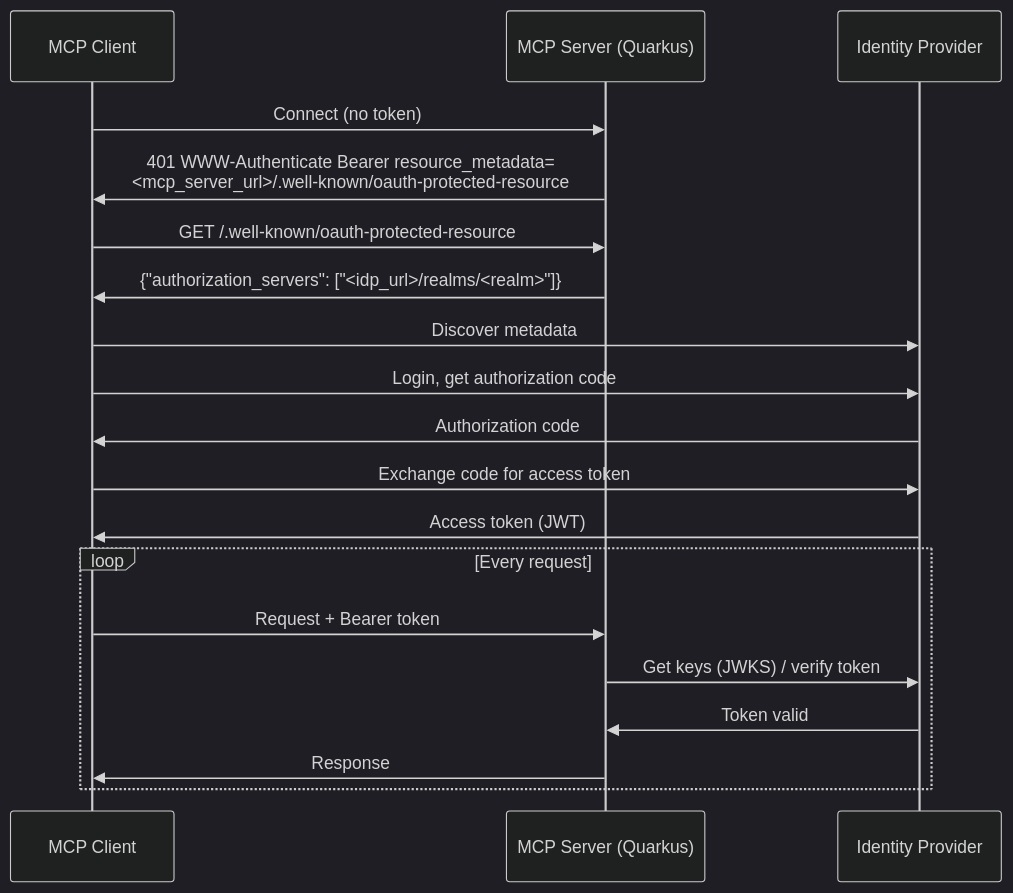
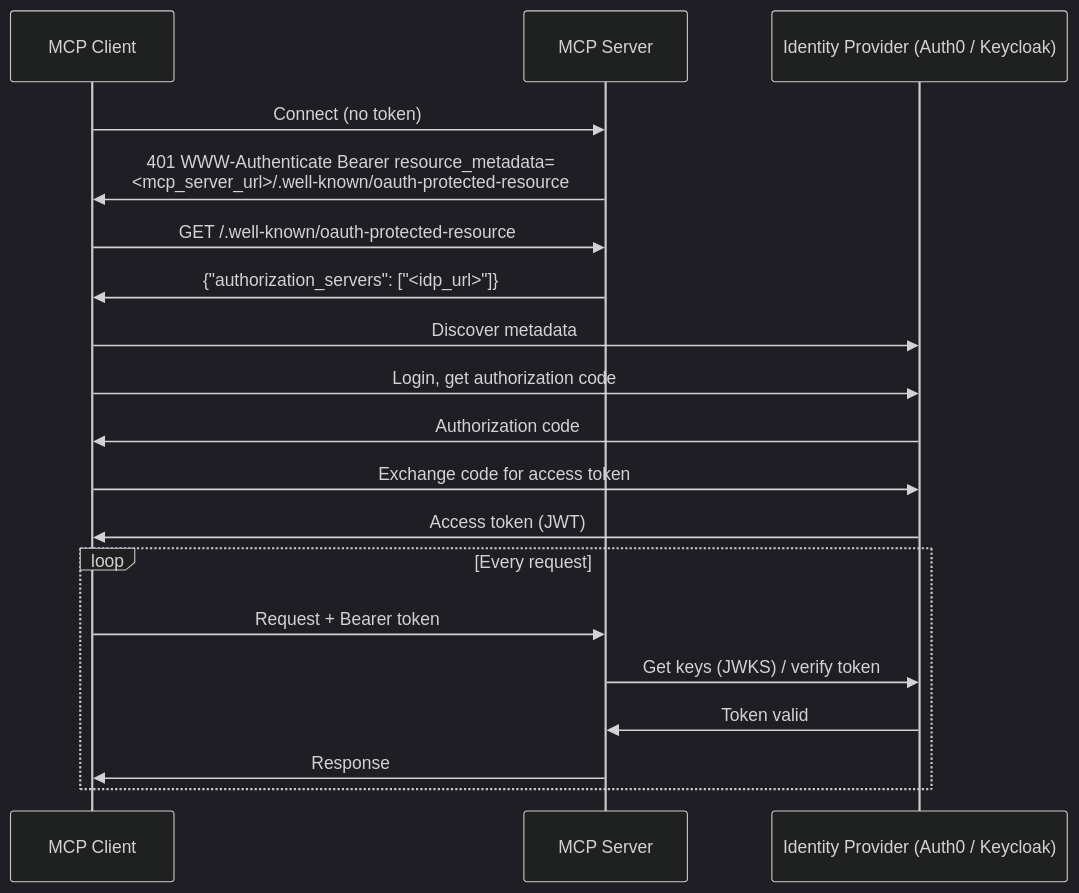
Before and after one commit to ActianCorp/mcp-server-docs: the diagram in docs/nosql/authentication/index.md, drawn with Mermaid.

Commit message:
modifications for the auth diagram

````diff
--- a/docs/nosql/authentication/index.md
+++ b/docs/nosql/authentication/index.md
@@ -19,26 +19,26 @@
 ```mermaid
 %%{init: {'theme': 'dark', 'themeVariables': {'fontSize': '18px', 'fontFamily': 'arial'}}}%%
 sequenceDiagram
     participant Client as MCP Client
-    participant Server as MCP Server (Quarkus)
-    participant IdP as Identity Provider
+    participant Server as MCP Server
+    participant IdP as Identity Provider (Auth0 / Keycloak)
 
     Client->>Server: Connect (no token)
     Server->>Client: 401 WWW-Authenticate Bearer resource_metadata=<br/><mcp_server_url>/.well-known/oauth-protected-resource
 
     Client->>Server: GET /.well-known/oauth-protected-resource
-    Server->>Client: {"authorization_servers": ["<idp_url>/realms/<realm>"]}
+    Server->>Client: {"authorization_servers": ["<idp_url>"]}
 
     Client->>IdP: Discover metadata
     Client->>IdP: Login, get authorization code
     IdP->>Client: Authorization code
     Client->>IdP: Exchange code for access token
     IdP->>Client: Access token (JWT)
 
     loop Every request
         Client->>Server: Request + Bearer token
         Server->>IdP: Get keys (JWKS) / verify token
         IdP->>Server: Token valid
         Server->>Client: Response
     end
 ```
````
